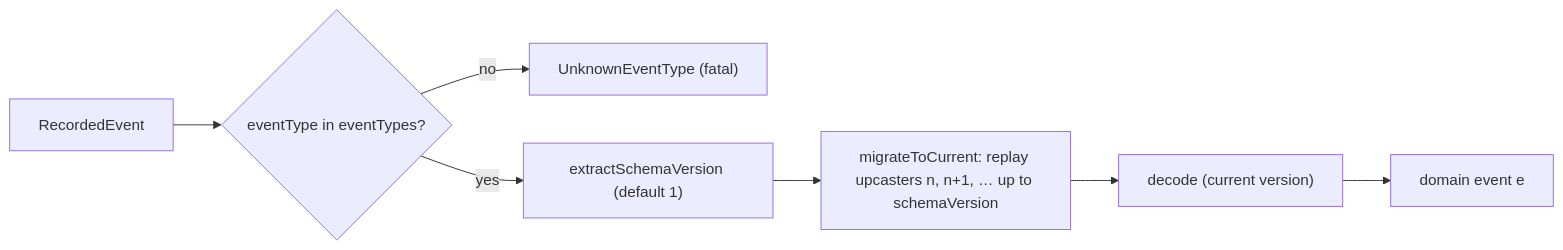
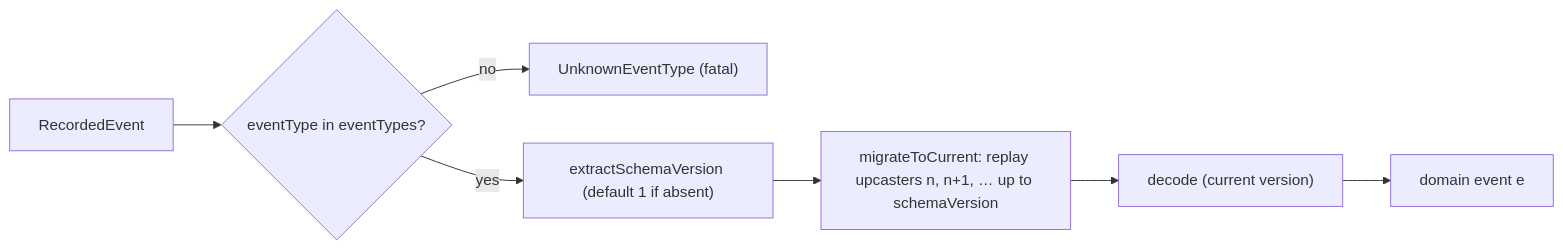
One commit to shinzui/keiro-runtime-docs changed the diagram in content/docs/keiro/walkthrough/foundation/03-the-codec.mdx. Above: the diagram before and after it, drawn with Mermaid. The commit also changed other lines of this file and 27 other files, not shown here.

````diff
--- a/content/docs/keiro/walkthrough/foundation/03-the-codec.mdx
+++ b/content/docs/keiro/walkthrough/foundation/03-the-codec.mdx
@@ -113,9 +119,9 @@
 ```mermaid
 flowchart LR
   Rec["RecordedEvent"] --> Known{"eventType in eventTypes?"}
   Known -- "no" --> Fatal["UnknownEventType (fatal)"]
-  Known -- "yes" --> Ver["extractSchemaVersion (default 1)"]
+  Known -- "yes" --> Ver["extractSchemaVersion (default 1 if absent)"]
   Ver --> Mig["migrateToCurrent: replay upcasters n, n+1, … up to schemaVersion"]
   Mig --> Dec["decode (current version)"]
   Dec --> Val["domain event e"]
 ```
````
